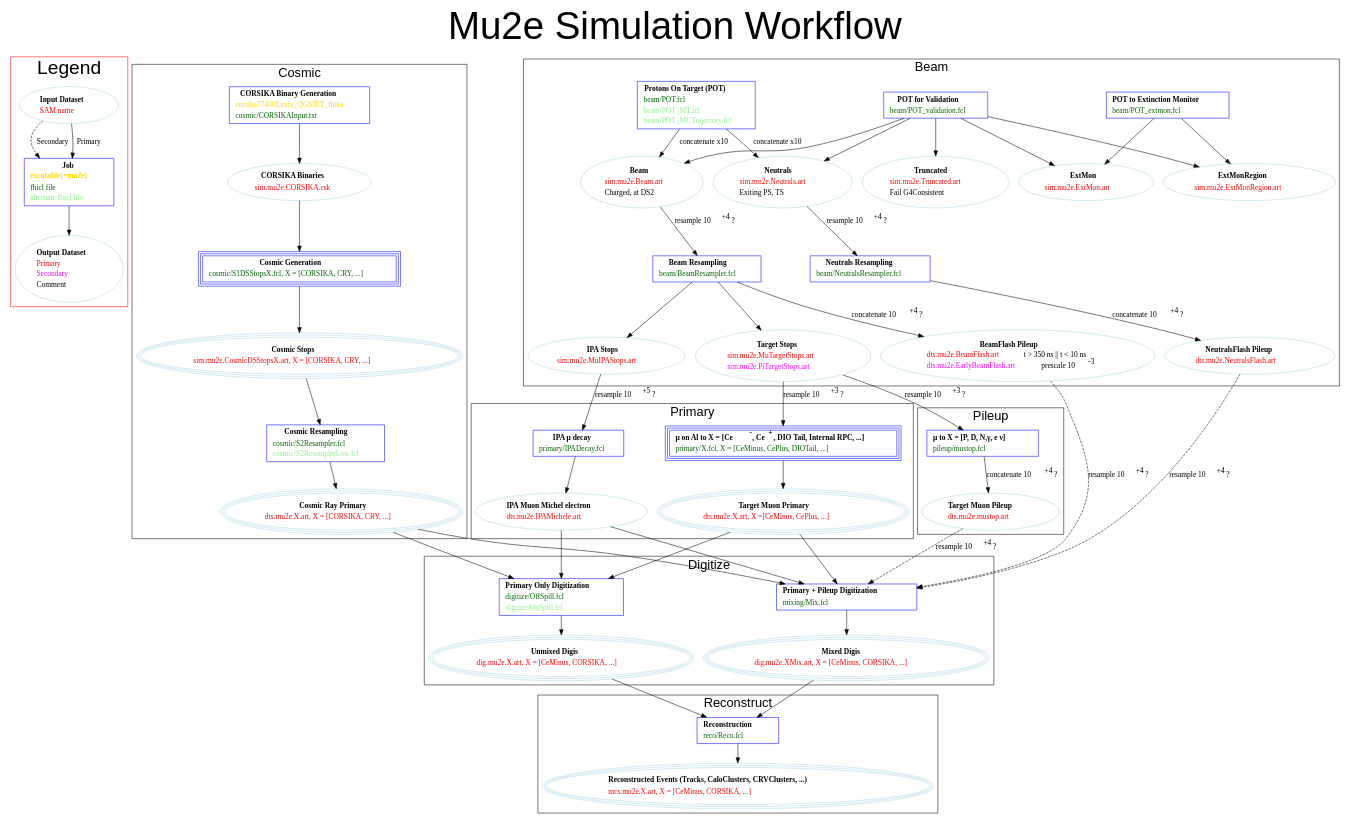
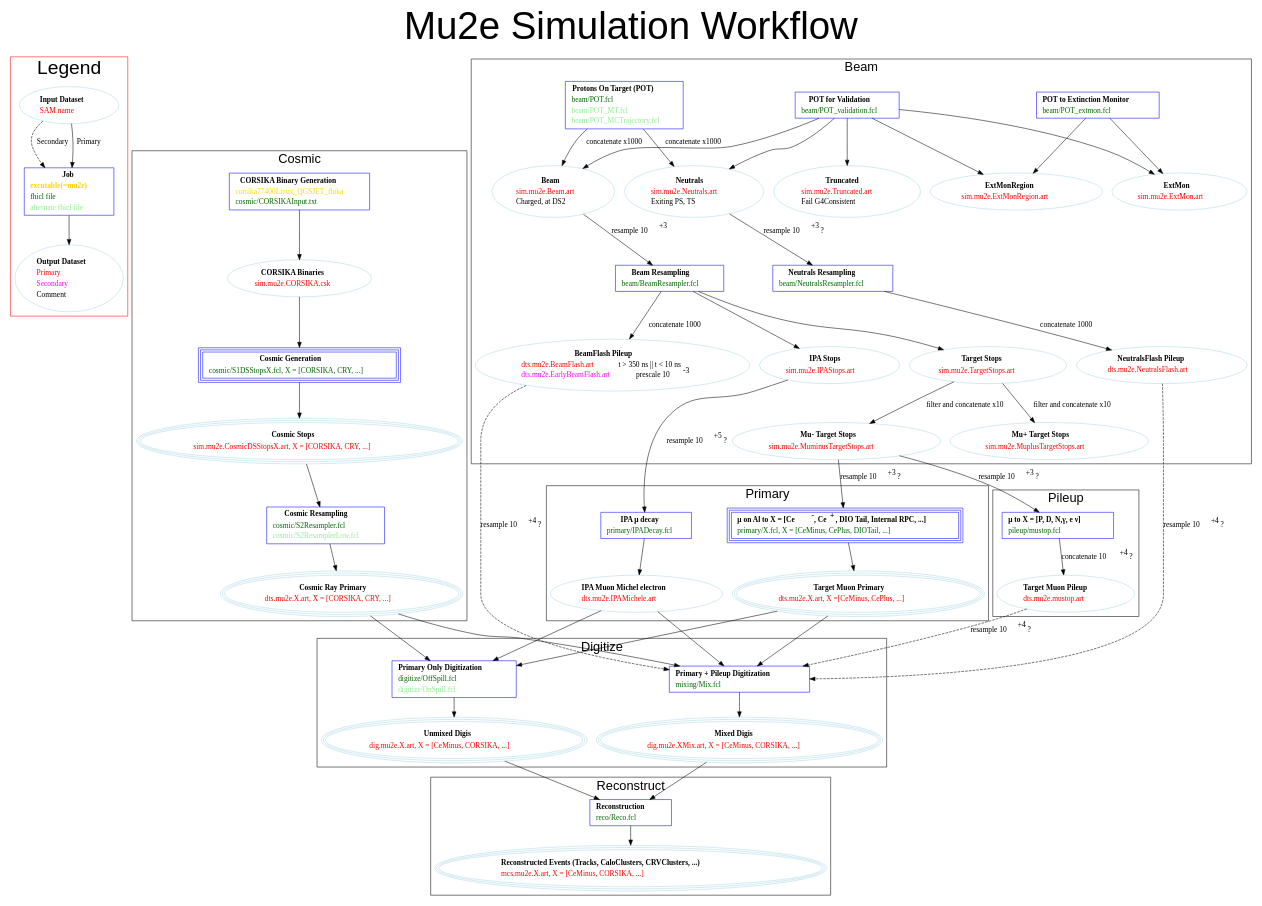
One commit to sridhar130/Production changed the diagram in JobConfig/doc/SimulationWorkflow.dot. Above: the diagram before and after it, drawn with Graphviz.

Commit message:
Update workflow diagram

```diff
--- a/JobConfig/doc/SimulationWorkflow.dot
+++ b/JobConfig/doc/SimulationWorkflow.dot
@@ -153,8 +153,8 @@
 	       <tr><td align="left"><font color="black">Fail G4Consistent</font></td></tr>
 	       </table>>];
 
-    POT -> Neutrals [ label="concatenate x10"];
-    POT ->  Beam [ label="concatenate x10"];
+    POT -> Neutrals [ label="concatenate x1000"];
+    POT ->  Beam [ label="concatenate x1000"];
 
     POT_ExtMon ->  ExtMon
     POT_ExtMon ->  ExtMonRegion
@@ -178,25 +178,39 @@
 		     <tr><td align="left"><font color="darkgreen">beam/BeamResampler.fcl</font></td></tr>
 		     </table>>];
 
-    Beam -> BeamResampling [ label=<resample 10<sup>+4</sup>?> ];
-    Neutrals -> NeutralsResampling [ label=<resample 10<sup>+4</sup>?> ];
+    Beam -> BeamResampling [ label=<resample 10<sup>+3</sup>> ];
+    Neutrals -> NeutralsResampling [ label=<resample 10<sup>+3</sup>?> ];
 
 
     TargetStops [shape=oval, color=lightblue,
 		label=<<table border="0" cellborder="0" cellspacing="1">
 		  <tr><td align="center"><b>Target Stops</b></td></tr>
-		  <tr><td align="left"><font color="red">sim.mu2e.MuTargetStops.art</font></td></tr>
-		  <tr><td align="left"><font color="fuchsia">sim.mu2e.PiTargetStops.art</font></td></tr>
+		  <tr><td align="left"><font color="red">sim.mu2e.TargetStops.art</font></td></tr>
 		  </table>>];
 
     IPAStops [shape=oval, color=lightblue,
 	     label=<<table border="0" cellborder="0" cellspacing="1">
 	       <tr><td align="center"><b>IPA Stops</b></td></tr>
-	       <tr><td align="left"><font color="red">sim.mu2e.MuIPAStops.art</font></td></tr>
+	       <tr><td align="left"><font color="red">sim.mu2e.IPAStops.art</font></td></tr>
 	       </table>>];
 
     BeamResampling -> TargetStops;
     BeamResampling -> IPAStops;
+
+    MuminusTargetStops [shape=oval, color=lightblue,
+		label=<<table border="0" cellborder="0" cellspacing="1">
+		  <tr><td align="center"><b>Mu- Target Stops</b></td></tr>
+		  <tr><td align="left"><font color="red">sim.mu2e.MuminusTargetStops.art</font></td></tr>
+		  </table>>];
+
+    MuplusTargetStops [shape=oval, color=lightblue,
+		label=<<table border="0" cellborder="0" cellspacing="1">
+		  <tr><td align="center"><b>Mu+ Target Stops</b></td></tr>
+		  <tr><td align="left"><font color="red">sim.mu2e.MuplusTargetStops.art</font></td></tr>
+		  </table>>];
+
+    TargetStops -> MuminusTargetStops [ label="filter and concatenate x10"];
+    TargetStops -> MuplusTargetStops [ label="filter and concatenate x10"];
 
     BeamFlashPileup [shape=oval, color=lightblue,
 		    label=<<table border="0" cellborder="0" cellspacing="1">
@@ -210,8 +224,8 @@
 			  <tr><td align="center"><b>NeutralsFlash Pileup</b></td></tr>
 			  <tr><td align="left"><font color="red">dts.mu2e.NeutralsFlash.art</font> </td></tr>
 			  </table>>];
-    NeutralsResampling -> NeutralsFlashPileup [ label=<concatenate 10<sup>+4</sup>?> ];
-    BeamResampling -> BeamFlashPileup [ label=<concatenate 10<sup>+4</sup>?> ];
+    NeutralsResampling -> NeutralsFlashPileup [ label="concatenate 1000" ];
+    BeamResampling -> BeamFlashPileup [ label="concatenate 1000" ];
 
   }
 
@@ -232,7 +246,7 @@
 		  </table>>];
 
 
-    TargetStops -> PrimaryMuonTerm [ label=<resample 10<sup>+3</sup>?> ];
+    MuminusTargetStops -> PrimaryMuonTerm [ label=<resample 10<sup>+3</sup>?> ];
 
     IPAStops -> IPAMuonTerm [ label=<resample 10<sup>+5</sup>?> ];
 
@@ -271,7 +285,7 @@
 
     PileupMuonTerm -> TargetMuonPileup [ label=<concatenate 10<sup>+4</sup>?> ];
     /*    {rank=same TargetMuonPileup BeamFlashPileup NeutralsFlashPileup }; */
-    TargetStops -> PileupMuonTerm [ label=<resample 10<sup>+3</sup>?> ];
+    MuminusTargetStops -> PileupMuonTerm [ label=<resample 10<sup>+3</sup>?> ];
 
   }
 
```
